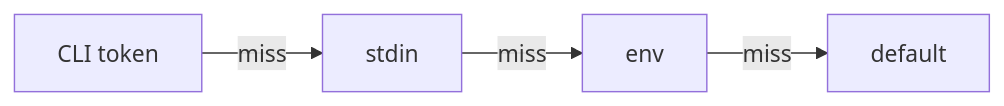
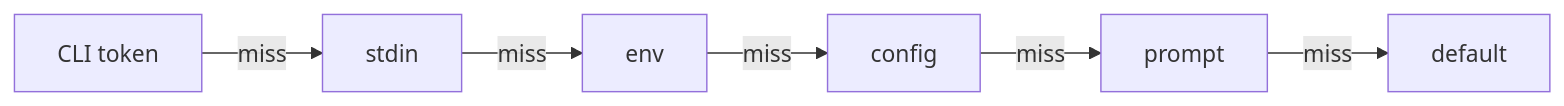
Before and after one commit to kjanat/dreamcli: the second of 3 diagrams in docs/guide/semantics.md, drawn with Mermaid. The commit also changed other lines of this file and 64 other files, not shown here.

````diff
--- a/docs/guide/semantics.md
+++ b/docs/guide/semantics.md
@@ -136,4 +139,4 @@
 ```mermaid
 flowchart LR
-  CLI["CLI token"] -->|miss| stdin -->|miss| env -->|miss| default
+  CLI["CLI token"] -->|miss| stdin -->|miss| env -->|miss| config -->|miss| prompt -->|miss| default
 ```
````
